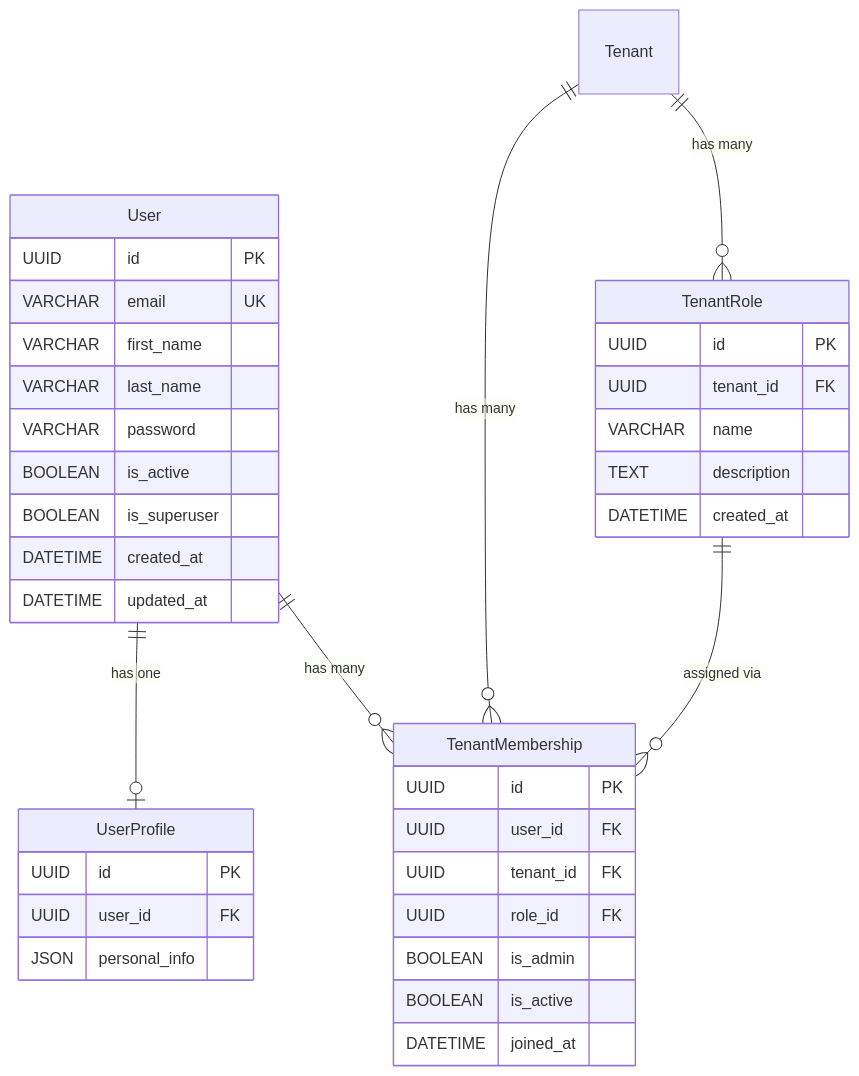
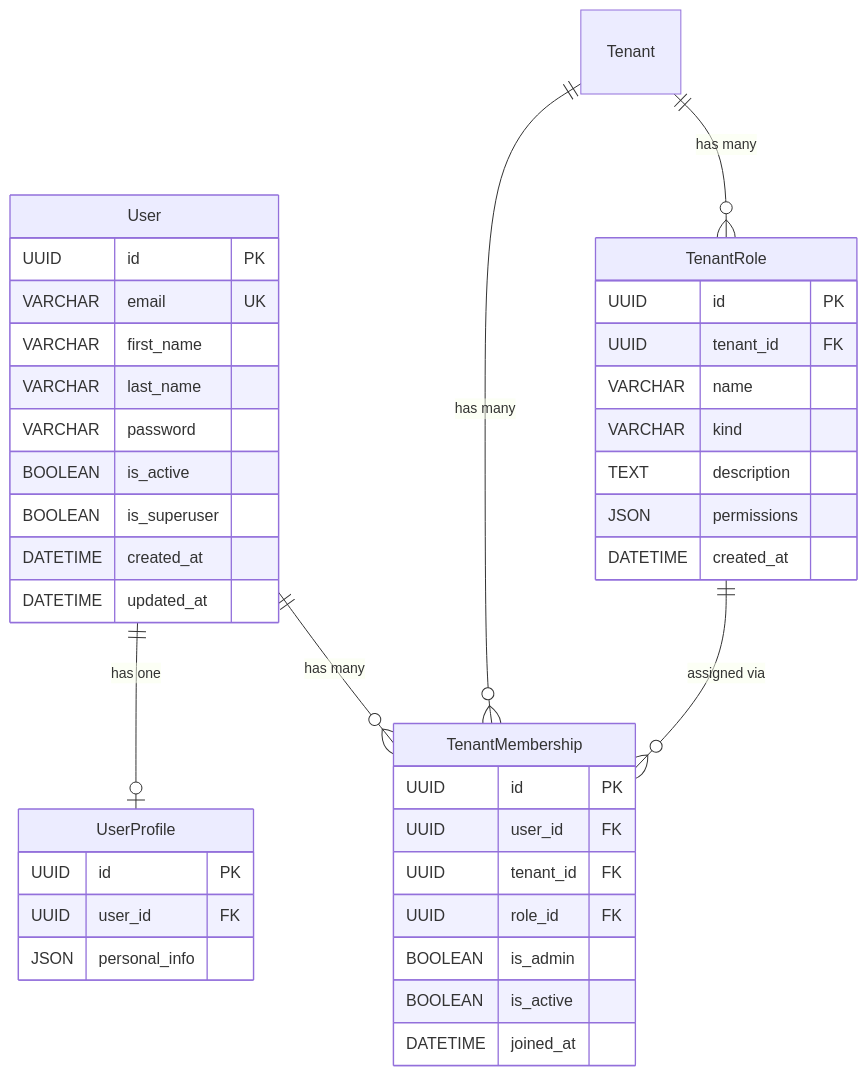
Before and after one commit to camercadop/drf-enterprise-information-platform: the third of 4 diagrams in docs/data-model.md, drawn with Mermaid. The commit also changed other lines of this file and 32 other files, not shown here.

First line of the commit message:
feat: add role-based access control (RBAC) with permissions.json catalog

````diff
--- a/docs/data-model.md
+++ b/docs/data-model.md
@@ -86,44 +86,46 @@
 ```mermaid
 erDiagram
     User {
         UUID id PK
         VARCHAR email UK
         VARCHAR first_name
         VARCHAR last_name
         VARCHAR password
         BOOLEAN is_active
         BOOLEAN is_superuser
         DATETIME created_at
         DATETIME updated_at
     }
 
     UserProfile {
         UUID id PK
         UUID user_id FK
         JSON personal_info
     }
 
     TenantRole {
         UUID id PK
         UUID tenant_id FK
         VARCHAR name
+        VARCHAR kind
         TEXT description
+        JSON permissions
         DATETIME created_at
     }
 
     TenantMembership {
         UUID id PK
         UUID user_id FK
         UUID tenant_id FK
         UUID role_id FK
         BOOLEAN is_admin
         BOOLEAN is_active
         DATETIME joined_at
     }
 
     User ||--o| UserProfile : "has one"
     User ||--o{ TenantMembership : "has many"
     Tenant ||--o{ TenantMembership : "has many"
     Tenant ||--o{ TenantRole : "has many"
     TenantRole ||--o{ TenantMembership : "assigned via"
 ```
````
